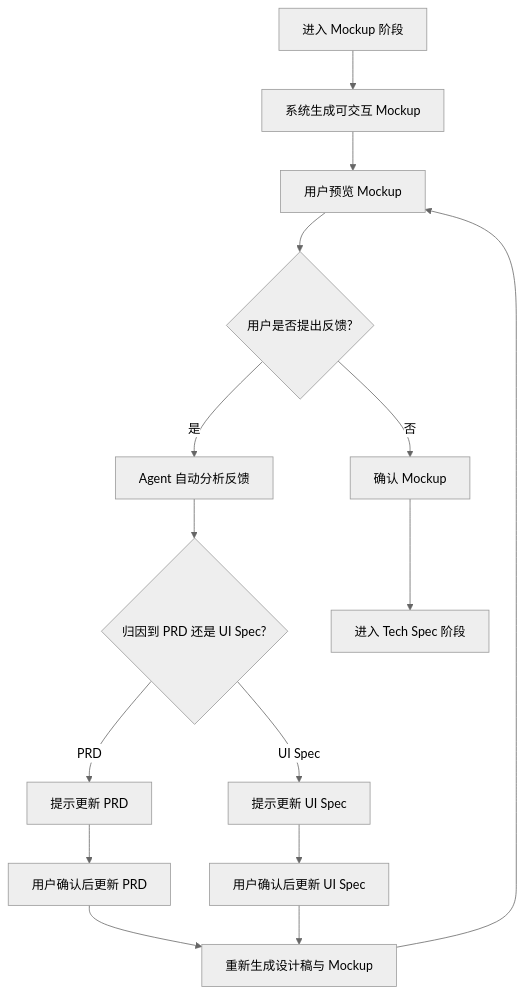
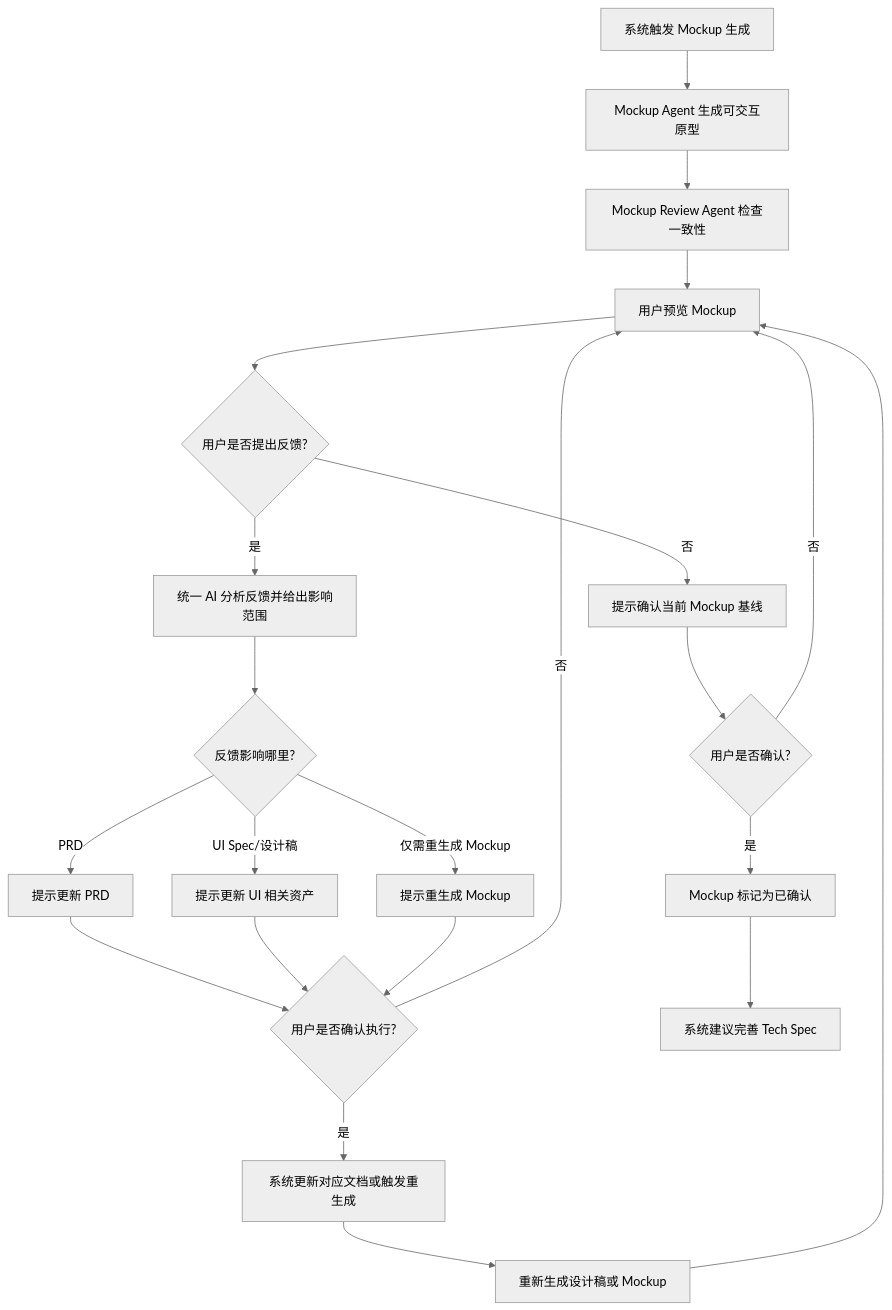
Before and after one commit to Jacobgxd/57Block_MVP_Builder: the sixth of 9 diagrams in .blueprint/PRD_V1.md, drawn with Mermaid (neutral theme). The commit also changed other lines of this file and 11 other files, not shown here.

````diff
--- a/.blueprint/PRD_V1.md
+++ b/.blueprint/PRD_V1.md
@@ -751,17 +805,24 @@
 ```mermaid
 flowchart TD
-    A[进入 Mockup 阶段] --> B[系统生成可交互 Mockup]
-    B --> C[用户预览 Mockup]
-    C --> D{用户是否提出反馈?}
-    D -->|否| E[确认 Mockup]
-    D -->|是| F[Agent 自动分析反馈]
-    F --> G{归因到 PRD 还是 UI Spec?}
-    G -->|PRD| H[提示更新 PRD]
-    G -->|UI Spec| I[提示更新 UI Spec]
-    H --> J[用户确认后更新 PRD]
-    I --> K[用户确认后更新 UI Spec]
-    J --> L[重新生成设计稿与 Mockup]
+    A[系统触发 Mockup 生成] --> B[Mockup Agent 生成可交互原型]
+    B --> C[Mockup Review Agent 检查一致性]
+    C --> D[用户预览 Mockup]
+    D --> E{用户是否提出反馈?}
+    E -->|否| F[提示确认当前 Mockup 基线]
+    E -->|是| G[统一 AI 分析反馈并给出影响范围]
+    G --> H{反馈影响哪里?}
+    H -->|PRD| I[提示更新 PRD]
+    H -->|UI Spec/设计稿| J[提示更新 UI 相关资产]
+    H -->|仅需重生成 Mockup| K[提示重生成 Mockup]
+    I --> L{用户是否确认执行?}
+    J --> L
     K --> L
-    L --> C
-    E --> M[进入 Tech Spec 阶段]
+    L -->|否| D
+    L -->|是| M[系统更新对应文档或触发重生成]
+    M --> N[重新生成设计稿或 Mockup]
+    N --> D
+    F --> O{用户是否确认?}
+    O -->|否| D
+    O -->|是| P[Mockup 标记为已确认]
+    P --> Q[系统建议完善 Tech Spec]
 ```
````
